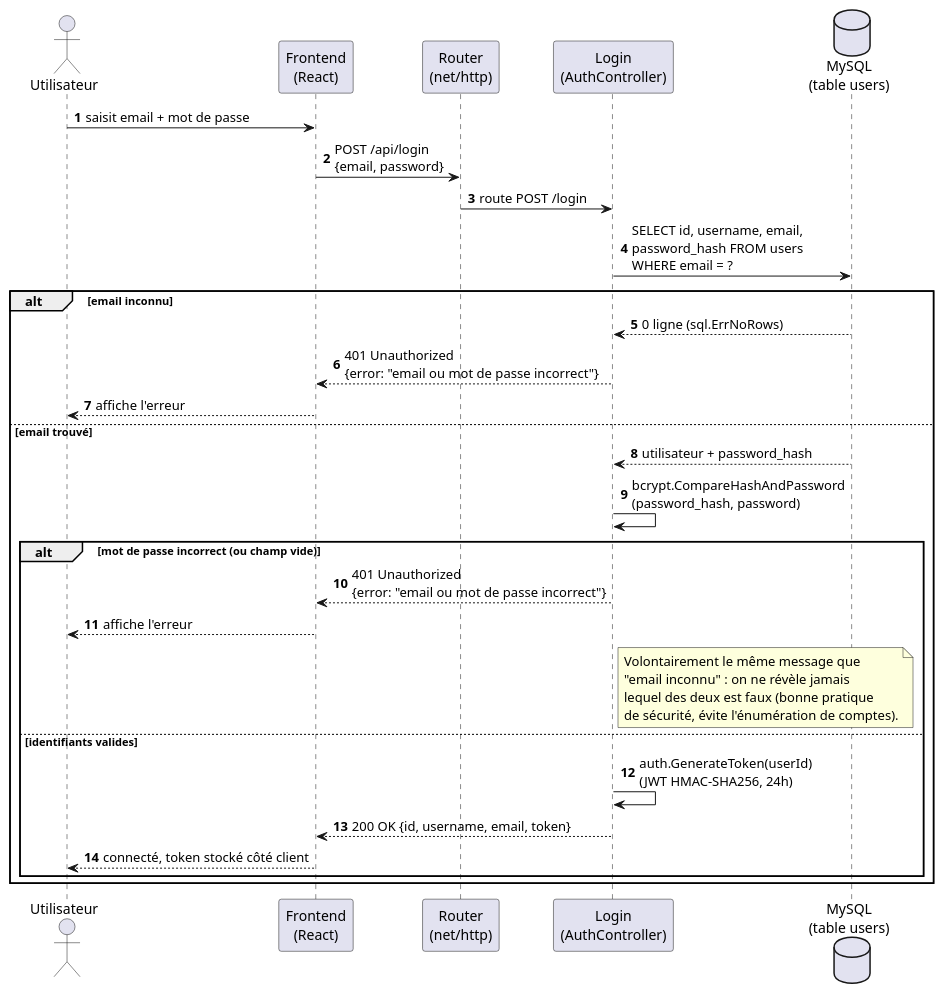
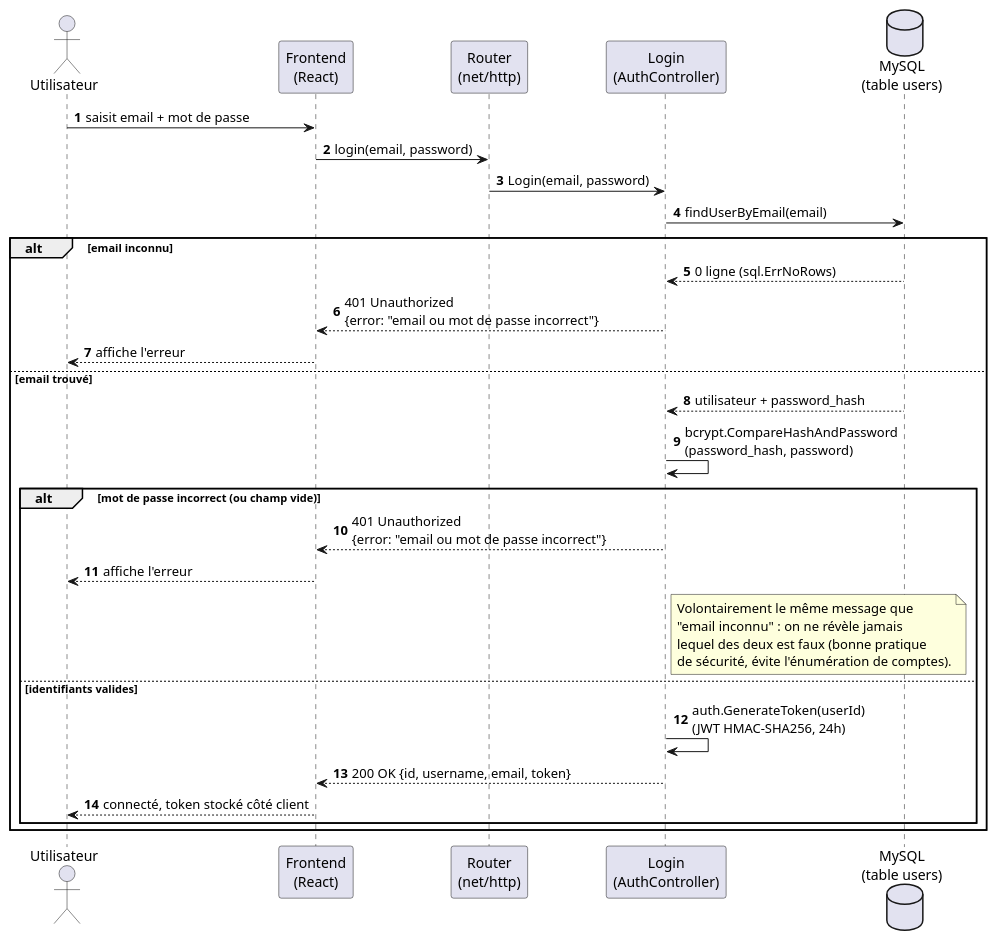
One commit to fatymut/watchparty changed the diagram in docs/uml/sequence_connexion.puml. Above: the diagram before and after it, drawn with PlantUML. The commit also changed 18 other files, not shown here.

First line of the commit message:
UML : diagramme de cas d'utilisation, objets swipe/invitation, sequence creation soiree, style sequences corrige

```diff
--- a/docs/uml/sequence_connexion.puml
+++ b/docs/uml/sequence_connexion.puml
@@ -1,46 +1,46 @@
 @startuml WatchParty - Séquence : Connexion d'un utilisateur
 ' Scénario : un utilisateur se connecte avec email + mot de passe.
 ' Endpoint : POST /api/login
 ' Fidèle à l'implémentation réelle (backend/internal/controllers/user_controller.go)
 
 skinparam shadowing false
 autonumber
 
 actor "Utilisateur" as User
 participant "Frontend\n(React)" as Front
 participant "Router\n(net/http)" as Router
 participant "Login\n(AuthController)" as Ctrl
 database "MySQL\n(table users)" as DB
 
 User -> Front : saisit email + mot de passe
-Front -> Router : POST /api/login\n{email, password}
-Router -> Ctrl : route POST /login
+Front -> Router : login(email, password)
+Router -> Ctrl : Login(email, password)
 
-Ctrl -> DB : SELECT id, username, email,\npassword_hash FROM users\nWHERE email = ?
+Ctrl -> DB : findUserByEmail(email)
 
 alt email inconnu
   DB --> Ctrl : 0 ligne (sql.ErrNoRows)
   Ctrl --> Front : 401 Unauthorized\n{error: "email ou mot de passe incorrect"}
   Front --> User : affiche l'erreur
 else email trouvé
   DB --> Ctrl : utilisateur + password_hash
 
   Ctrl -> Ctrl : bcrypt.CompareHashAndPassword\n(password_hash, password)
 
   alt mot de passe incorrect (ou champ vide)
     Ctrl --> Front : 401 Unauthorized\n{error: "email ou mot de passe incorrect"}
     Front --> User : affiche l'erreur
     note right of Ctrl
       Volontairement le même message que
       "email inconnu" : on ne révèle jamais
       lequel des deux est faux (bonne pratique
       de sécurité, évite l'énumération de comptes).
     end note
   else identifiants valides
     Ctrl -> Ctrl : auth.GenerateToken(userId)\n(JWT HMAC-SHA256, 24h)
     Ctrl --> Front : 200 OK {id, username, email, token}
     Front --> User : connecté, token stocké côté client
   end
 end
 
 @enduml
```
